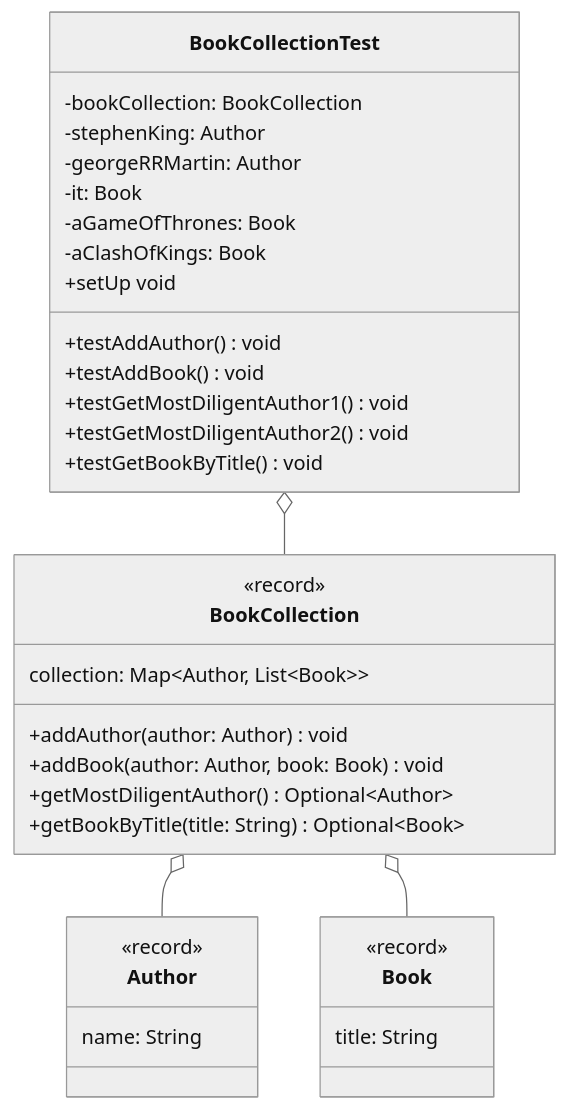
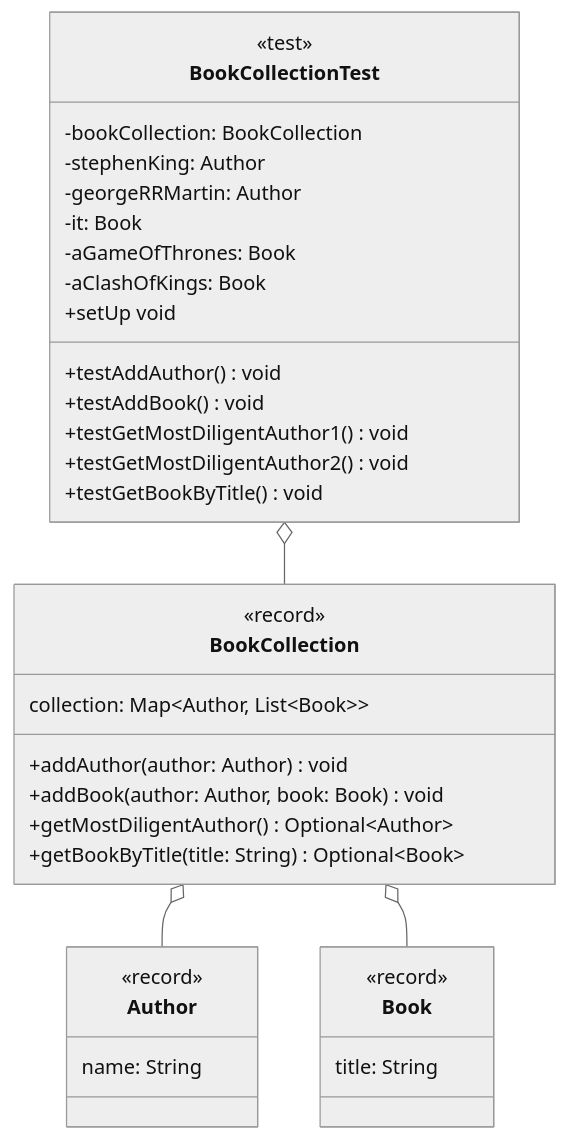
The diagram in docs/exercises/unit-tests/unit-tests04.md (jappuccini/java-docs), drawn with Mermaid (neutral theme) before and after one commit. The commit also changed 36 other files, not shown here.

````diff
--- a/docs/exercises/unit-tests/unit-tests04.md
+++ b/docs/exercises/unit-tests/unit-tests04.md
@@ -11,40 +11,41 @@
 ```mermaid
 classDiagram
     BookCollection o-- Author
     BookCollection o-- Book
     BookCollectionTest o-- BookCollection
 
     class Author {
         <<record>>
         name: String
     }
 
     class Book {
         <<record>>
         title: String
     }
 
     class BookCollection {
         <<record>>
         collection: Map~Author&sbquo; List~Book~~
         +addAuthor(author: Author) void
         +addBook(author: Author, book: Book) void
         +getMostDiligentAuthor() Optional~Author~
         +getBookByTitle(title: String) Optional~Book~
     }
 
     class BookCollectionTest {
+        <<test>>
         -bookCollection: BookCollection
         -stephenKing: Author
         -georgeRRMartin: Author
         -it: Book
         -aGameOfThrones: Book
         -aClashOfKings: Book
         +setUp void
         +testAddAuthor() void
         +testAddBook() void
         +testGetMostDiligentAuthor1() void
         +testGetMostDiligentAuthor2() void
         +testGetBookByTitle() void
     }
 ```
````
